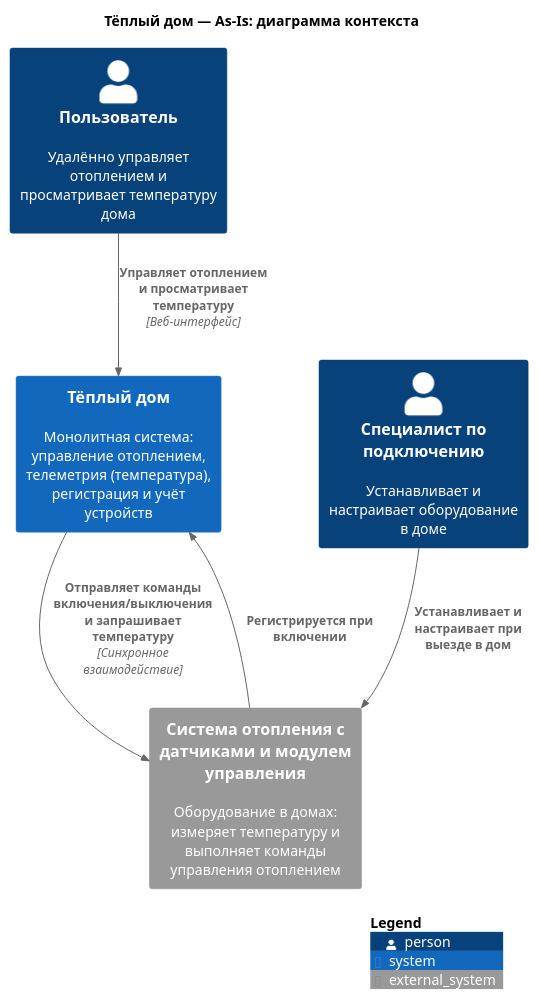
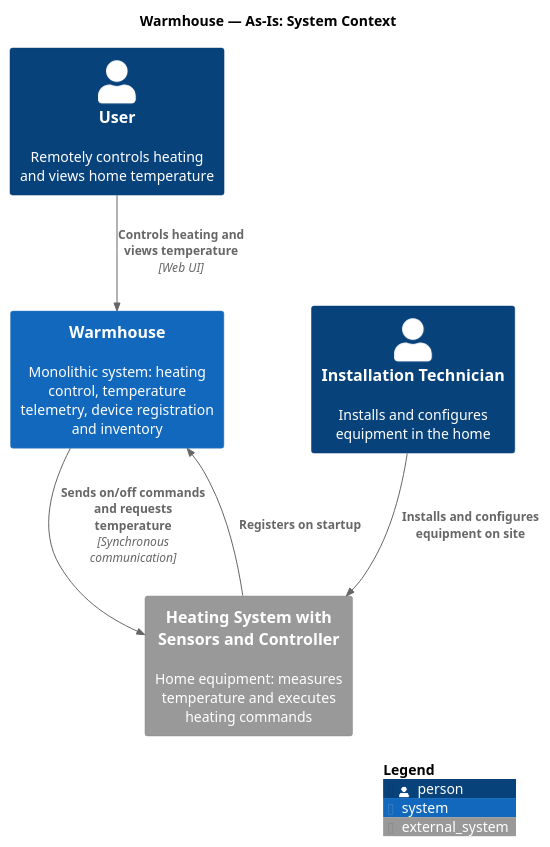
The diagram in diagrams/as-is-context.puml (AndyMcFishka/architecture-pro-warmhouse), drawn with PlantUML before and after one commit. The commit also changed 24 other files, not shown here.

```diff
--- a/diagrams/as-is-context.puml
+++ b/diagrams/as-is-context.puml
@@ -1,18 +1,18 @@
 @startuml
 !include <C4/C4_Context>
 
-title Тёплый дом — As-Is: диаграмма контекста
+title Warmhouse — As-Is: System Context
 
-Person(user, "Пользователь", "Удалённо управляет отоплением и просматривает температуру дома")
-Person(technician, "Специалист по подключению", "Устанавливает и настраивает оборудование в доме")
+Person(user, "User", "Remotely controls heating and views home temperature")
+Person(technician, "Installation Technician", "Installs and configures equipment in the home")
 
-System(warmhouse, "Тёплый дом", "Монолитная система: управление отоплением, телеметрия (температура), регистрация и учёт устройств")
-System_Ext(equipment, "Система отопления с датчиками и модулем управления", "Оборудование в домах: измеряет температуру и выполняет команды управления отоплением")
+System(warmhouse, "Warmhouse", "Monolithic system: heating control, temperature telemetry, device registration and inventory")
+System_Ext(equipment, "Heating System with Sensors and Controller", "Home equipment: measures temperature and executes heating commands")
 
-Rel(user, warmhouse, "Управляет отоплением и просматривает температуру", "Веб-интерфейс")
-Rel(technician, equipment, "Устанавливает и настраивает при выезде в дом")
-Rel(warmhouse, equipment, "Отправляет команды включения/выключения и запрашивает температуру", "Синхронное взаимодействие")
-Rel(equipment, warmhouse, "Регистрируется при включении")
+Rel(user, warmhouse, "Controls heating and views temperature", "Web UI")
+Rel(technician, equipment, "Installs and configures equipment on site")
+Rel(warmhouse, equipment, "Sends on/off commands and requests temperature", "Synchronous communication")
+Rel(equipment, warmhouse, "Registers on startup")
 
 SHOW_LEGEND()
 @enduml
```
